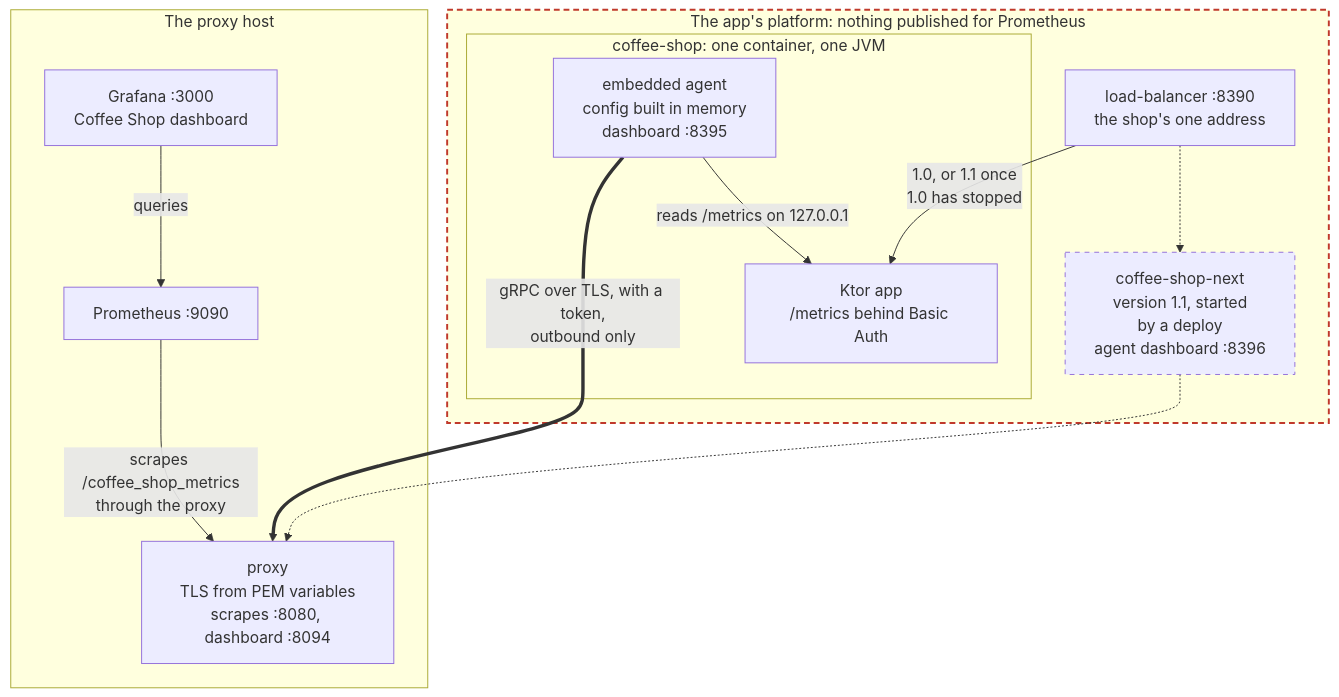
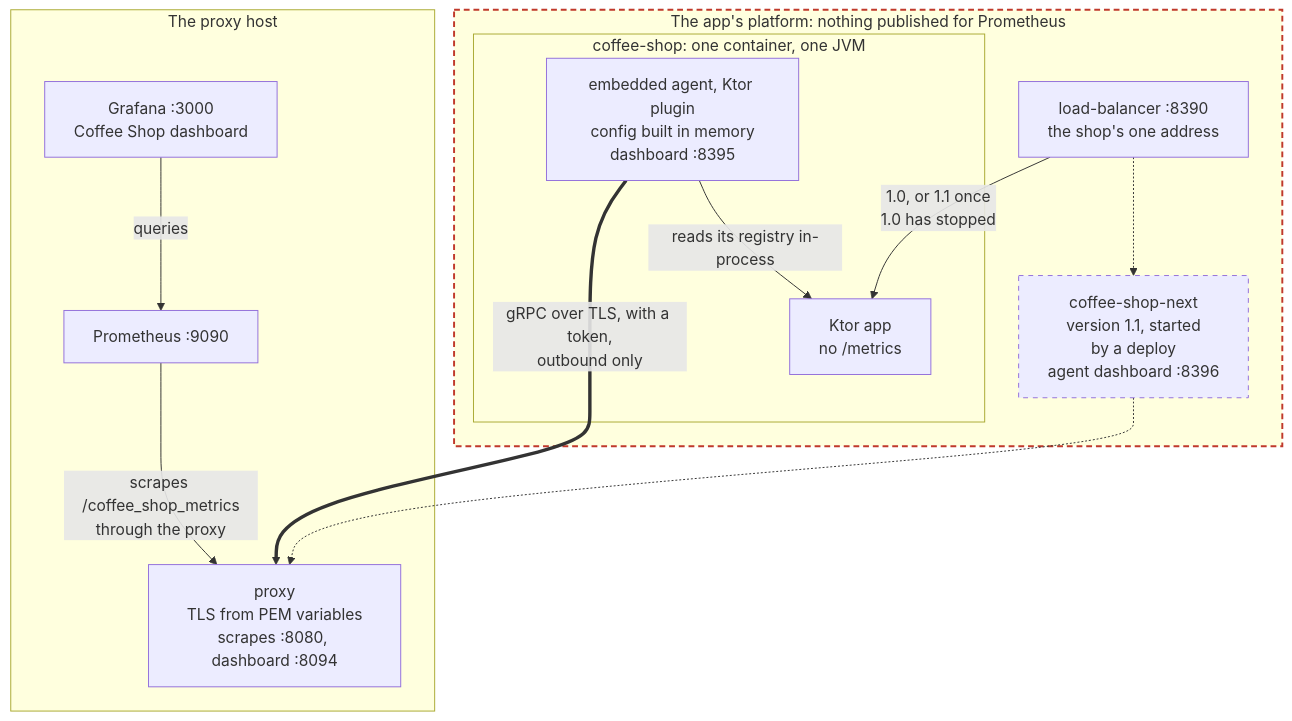
The diagram in demos/embedded/README.md (pambrose/prometheus-proxy), drawn with Mermaid before and after one commit. The commit also changed other lines of this file and 18 other files, not shown here.

First line of the commit message:
Run the embedded demo's coffee shop on the Ktor plugin (#511)

````diff
--- a/demos/embedded/README.md
+++ b/demos/embedded/README.md
@@ -15,29 +15,29 @@
 ```mermaid
 flowchart TB
   subgraph platform["The app's platform: nothing published for Prometheus"]
     lb["load-balancer :8390<br/>the shop's one address"]
     subgraph app["coffee-shop: one container, one JVM"]
-      ktor["Ktor app<br/>/metrics behind Basic Auth"]
-      agent["embedded agent<br/>config built in memory<br/>dashboard :8395"]
+      ktor["Ktor app<br/>no /metrics"]
+      agent["embedded agent, Ktor plugin<br/>config built in memory<br/>dashboard :8395"]
     end
     next["coffee-shop-next<br/>version 1.1, started<br/>by a deploy<br/>agent dashboard :8396"]
   end
 
   subgraph host["The proxy host"]
     proxy["proxy<br/>TLS from PEM variables<br/>scrapes :8080, dashboard :8094"]
     prometheus["Prometheus :9090"]
     grafana["Grafana :3000<br/>Coffee Shop dashboard"]
   end
 
   lb -->|"1.0, or 1.1 once<br/>1.0 has stopped"| ktor
   lb -.-> next
-  agent -->|"reads /metrics on 127.0.0.1"| ktor
+  agent -->|"reads its registry in-process"| ktor
   agent ==>|"gRPC over TLS, with a token,<br/>outbound only"| proxy
   next -.-> proxy
   prometheus -->|"scrapes /coffee_shop_metrics<br/>through the proxy"| proxy
   grafana -->|queries| prometheus
 
   classDef started stroke-dasharray: 5 5
   class next started
   style platform stroke:#c0392b,stroke-width:2px,stroke-dasharray:6 4
 ```
````
